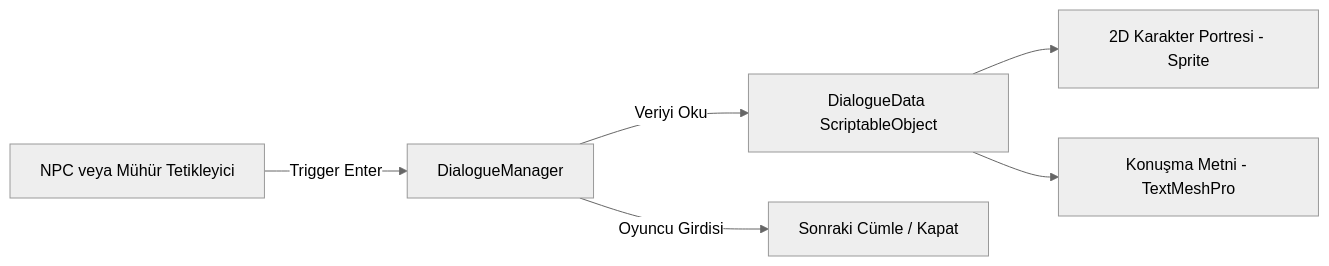
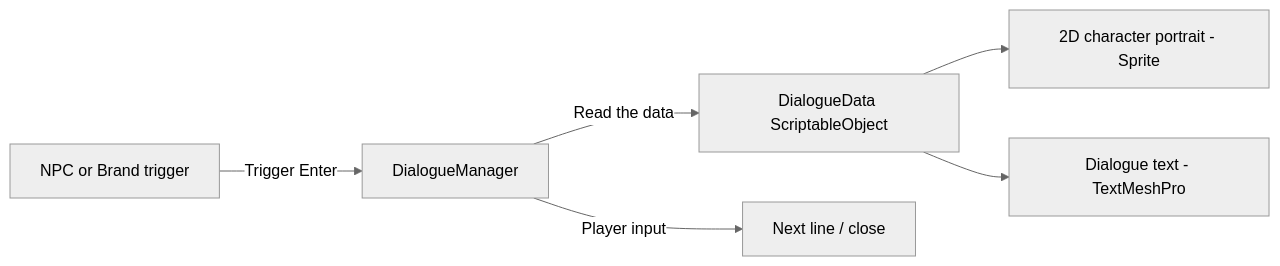
Before and after one commit to ErenMedet/the-branded-roguelite: the second of 2 diagrams in docs/GDD.md, drawn with Mermaid (neutral theme). The commit also changed other lines of this file and 2 other files, not shown here.

````diff
--- a/docs/GDD.md
+++ b/docs/GDD.md
@@ -243,8 +253,8 @@
 ```mermaid
 flowchart LR
-    Trigger[NPC veya Mühür Tetikleyici] -->|Trigger Enter| DialogueManager
-    DialogueManager -->|Veriyi Oku| SO[DialogueData ScriptableObject]
-    SO --> Portrait[2D Karakter Portresi - Sprite]
-    SO --> Text[Konuşma Metni - TextMeshPro]
-    DialogueManager -->|Oyuncu Girdisi| NextLine[Sonraki Cümle / Kapat]
+    Trigger[NPC or Brand trigger] -->|Trigger Enter| DialogueManager
+    DialogueManager -->|Read the data| SO[DialogueData ScriptableObject]
+    SO --> Portrait[2D character portrait - Sprite]
+    SO --> Text[Dialogue text - TextMeshPro]
+    DialogueManager -->|Player input| NextLine[Next line / close]
 ```
````
